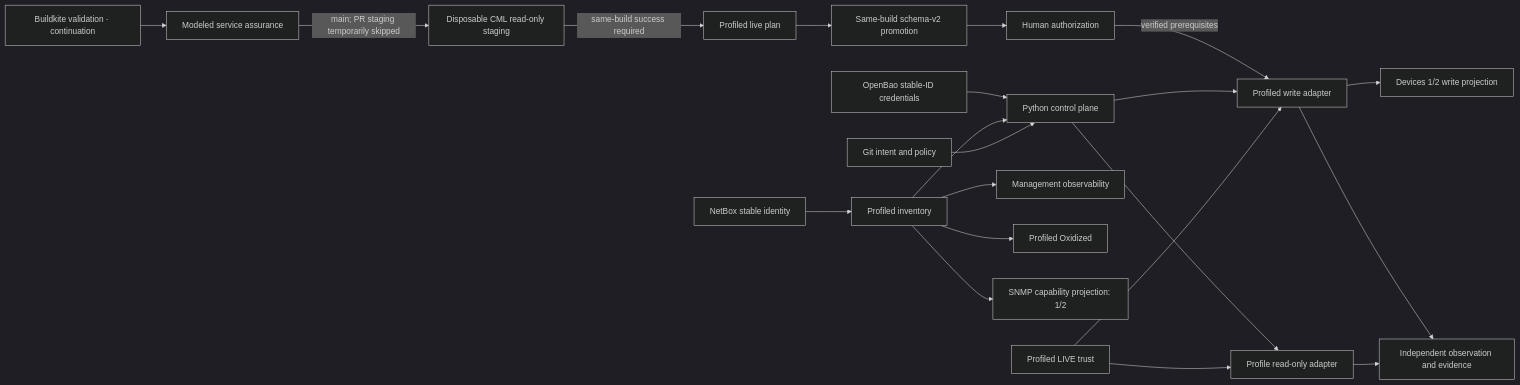
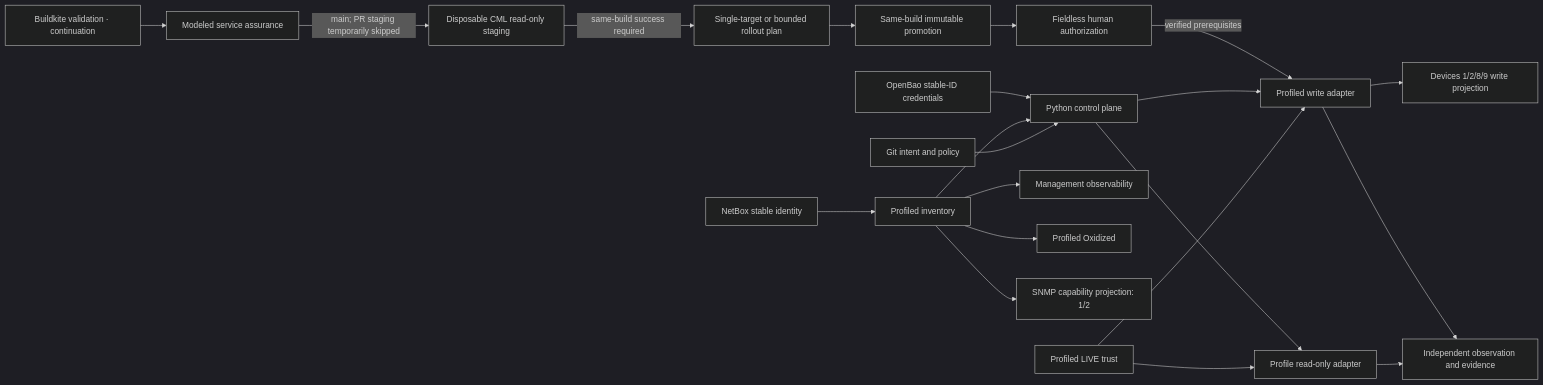
The diagram in docs/architecture/overview.md (Atheer-Kareem/network-change-delivery-platform), drawn with Mermaid (dark theme) before and after one commit. The commit also changed other lines of this file and 11 other files, not shown here.

Commit message:
docs: accept profiled rollout capability (#167)

````diff
--- a/docs/architecture/overview.md
+++ b/docs/architecture/overview.md
@@ -8,23 +8,23 @@
 ```mermaid
 flowchart LR
   GH[Git intent and policy] --> PY[Python control plane]
   NB[NetBox stable identity] --> PI[Profiled inventory]
   PI --> PY
   OB[OpenBao stable-ID credentials] --> PY
   TR[Profiled LIVE trust] --> RO[Profile read-only adapter]
   TR --> WR[Profiled write adapter]
   PY --> RO
   PY --> WR
-  WR --> LV[Devices 1/2 write projection]
+  WR --> LV[Devices 1/2/8/9 write projection]
   RO --> EV[Independent observation and evidence]
   WR --> EV
   PI --> OBS[Management observability]
   PI --> OX[Profiled Oxidized]
   PI --> SNMP[SNMP capability projection: 1/2]
   BK[Buildkite validation · continuation] --> BA[Modeled service assurance]
   BA -->|main; PR staging temporarily skipped| CS[Disposable CML read-only staging]
-  CS -->|same-build success required| PL[Profiled live plan]
-  PL --> PM[Same-build schema-v2 promotion]
-  PM --> HB[Human authorization]
+  CS -->|same-build success required| PL[Single-target or bounded rollout plan]
+  PL --> PM[Same-build immutable promotion]
+  PM --> HB[Fieldless human authorization]
   HB -->|verified prerequisites| WR
 ```
````
